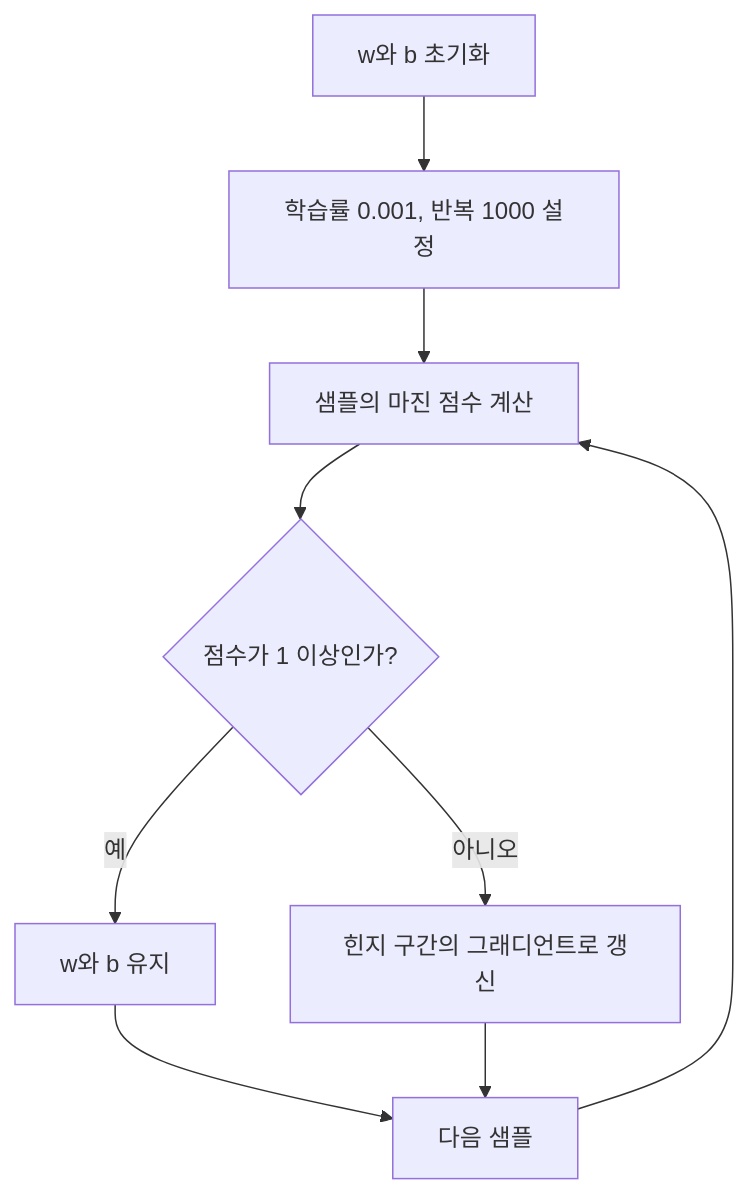
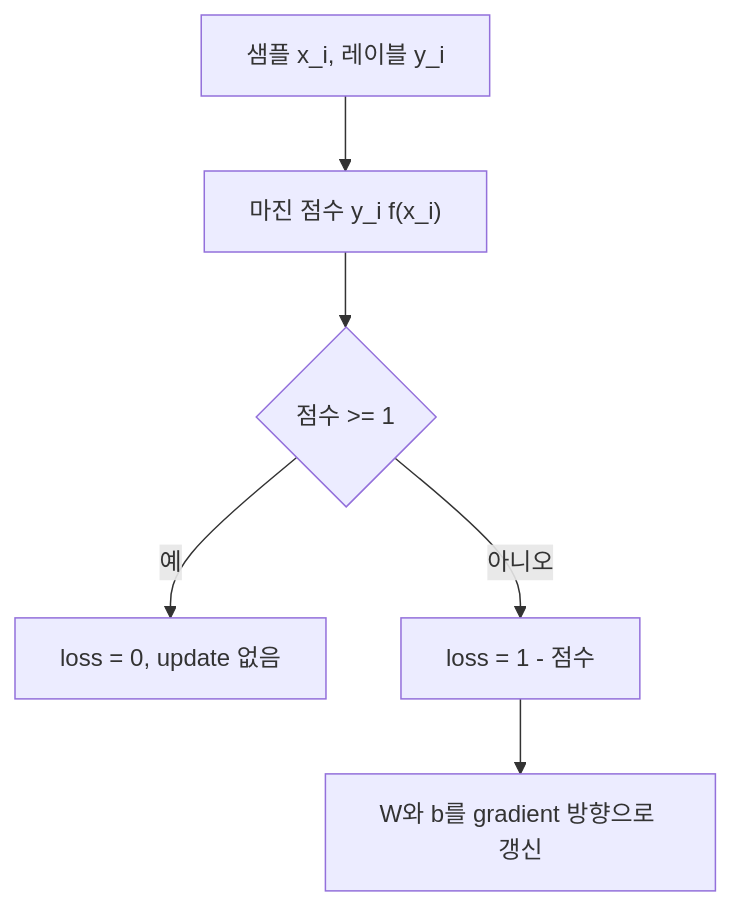
The first of 2 diagrams in ComputerScience/03_ai-ml-data/machine-learning/notes/21. SVM 구현 - GD와 QP.md (umyunsang/edu), drawn with Mermaid before and after one commit. The commit also changed other lines of this file and 5 other files, not shown here.

````diff
--- a/ComputerScience/03_ai-ml-data/machine-learning/notes/21. SVM 구현 - GD와 QP.md
+++ b/ComputerScience/03_ai-ml-data/machine-learning/notes/21. SVM 구현 - GD와 QP.md
@@ -72,11 +84,8 @@
 ```mermaid
 flowchart TD
-  A["w와 b 초기화"] --> B["학습률 0.001, 반복 1000 설정"]
-  B --> C["샘플의 마진 점수 계산"]
-  C --> D{"점수가 1 이상인가?"}
-  D -- "예" --> E["w와 b 유지"]
-  D -- "아니오" --> F["힌지 구간의 그래디언트로 갱신"]
-  E --> G["다음 샘플"]
-  F --> G
-  G --> C
+  A["샘플 x_i, 레이블 y_i"] --> B["마진 점수 y_i f(x_i)"]
+  B --> C{"점수 >= 1"}
+  C -- "예" --> D["loss = 0, update 없음"]
+  C -- "아니오" --> E["loss = 1 - 점수"]
+  E --> F["W와 b를 gradient 방향으로 갱신"]
 ```
````
